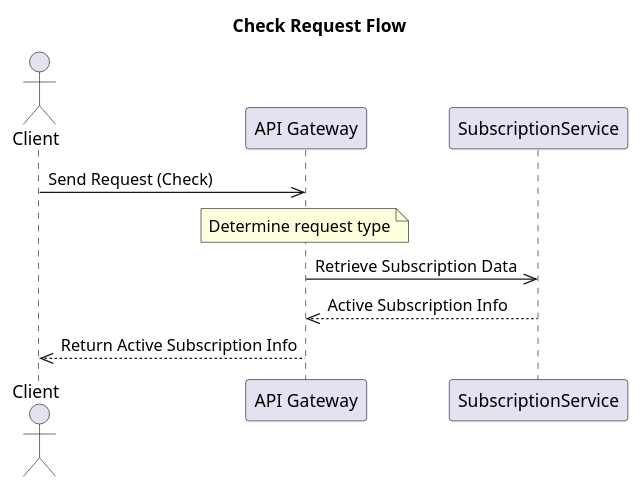
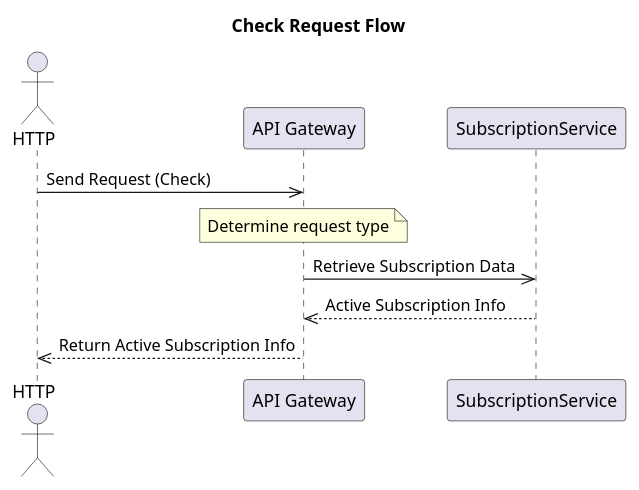
One commit to diasjakupov/golang_subscription_micro changed the fourth of 6 diagrams in sequence_diagram.md. Above: the diagram before and after it, drawn with PlantUML. The commit also changed other lines of this file and 23 other files, not shown here.

```diff
--- a/sequence_diagram.md
+++ b/sequence_diagram.md
@@ -98,16 +98,16 @@
 @startuml
 title Check Request Flow
 
-actor Client
+actor HTTP
 participant API as "API Gateway"
 participant Subscription as "SubscriptionService"
 
-Client->>API: Send Request (Check)
+HTTP->>API: Send Request (Check)
 note over API: Determine request type
 
 API->>Subscription: Retrieve Subscription Data
 Subscription-->>API: Active Subscription Info
 
-API-->>Client: Return Active Subscription Info
+API-->>HTTP: Return Active Subscription Info
 
 @enduml
```
